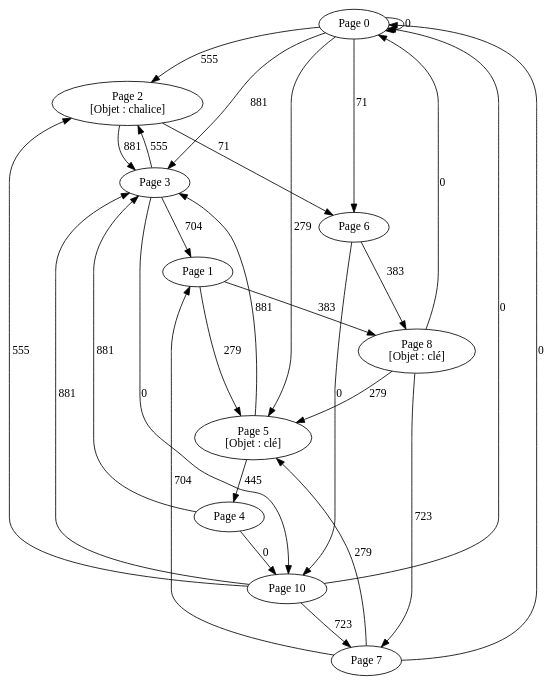
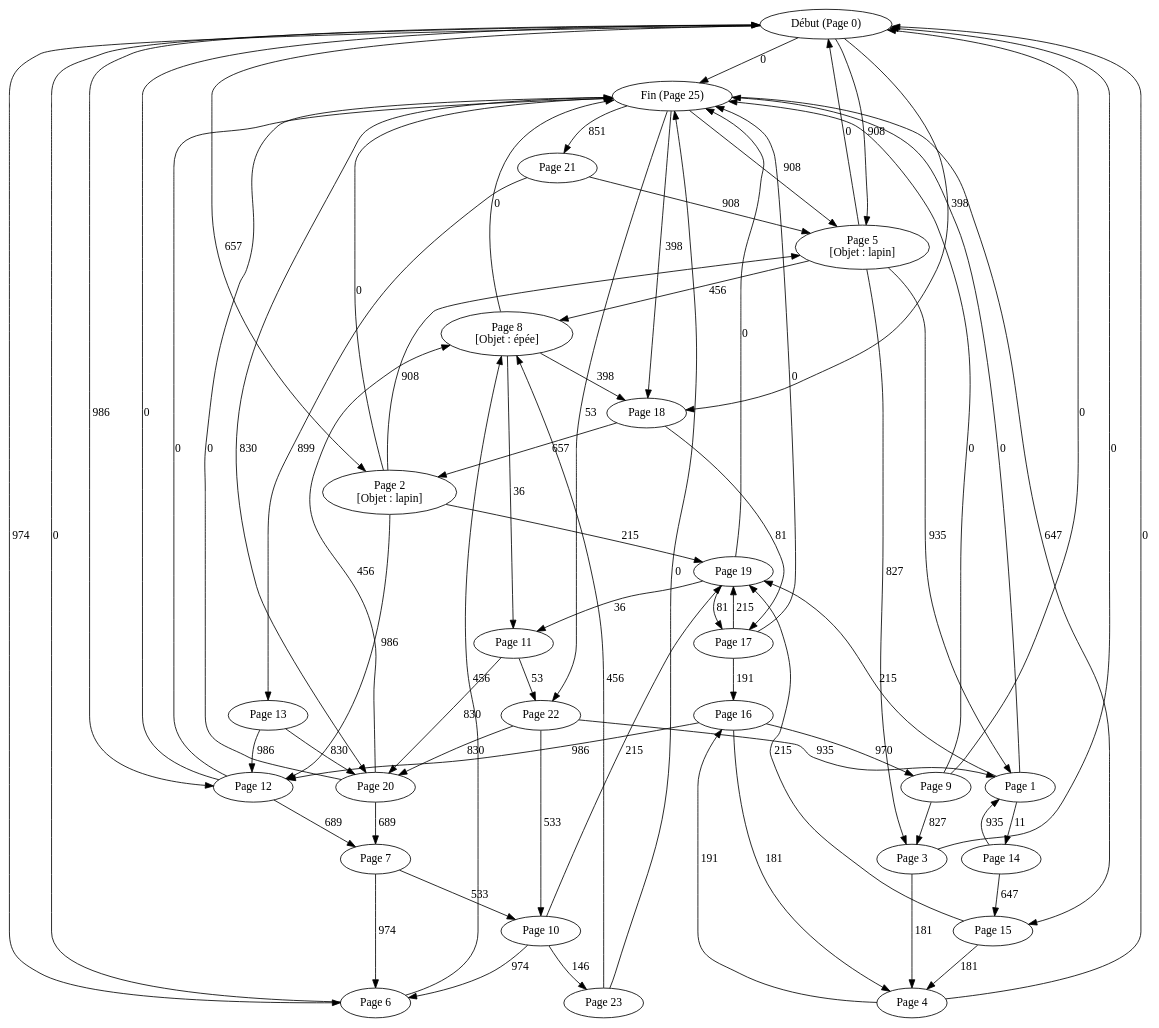
Before and after one commit to QuefelecNeven/SAE-GRAPH-2026: the diagram in graph.dot, drawn with Graphviz. The commit also changed 13 other files, not shown here.

```diff
--- a/graph.dot
+++ b/graph.dot
@@ -1,43 +1,102 @@
 strict digraph G {
-  page_0 [ label="Page 0" ];
+  page_0 [ label="Début (Page 0)" ];
+  page_25 [ label="Fin (Page 25)" ];
   page_1 [ label="Page 1" ];
   page_2 [ label="Page 2
-[Objet : chalice]" ];
+[Objet : lapin]" ];
   page_3 [ label="Page 3" ];
   page_4 [ label="Page 4" ];
   page_5 [ label="Page 5
-[Objet : clé]" ];
+[Objet : lapin]" ];
   page_6 [ label="Page 6" ];
   page_7 [ label="Page 7" ];
   page_8 [ label="Page 8
-[Objet : clé]" ];
+[Objet : épée]" ];
+  page_9 [ label="Page 9" ];
   page_10 [ label="Page 10" ];
-  page_0 -> page_3 [ label="881" ];
-  page_0 -> page_6 [ label="71" ];
-  page_0 -> page_5 [ label="279" ];
-  page_0 -> page_0 [ label="0" ];
-  page_0 -> page_2 [ label="555" ];
-  page_1 -> page_8 [ label="383" ];
-  page_1 -> page_5 [ label="279" ];
-  page_2 -> page_6 [ label="71" ];
-  page_2 -> page_3 [ label="881" ];
-  page_3 -> page_2 [ label="555" ];
-  page_3 -> page_10 [ label="0" ];
-  page_3 -> page_1 [ label="704" ];
-  page_4 -> page_3 [ label="881" ];
-  page_4 -> page_10 [ label="0" ];
-  page_5 -> page_4 [ label="445" ];
-  page_5 -> page_3 [ label="881" ];
-  page_6 -> page_10 [ label="0" ];
-  page_6 -> page_8 [ label="383" ];
-  page_7 -> page_5 [ label="279" ];
-  page_7 -> page_1 [ label="704" ];
-  page_7 -> page_0 [ label="0" ];
-  page_8 -> page_0 [ label="0" ];
-  page_8 -> page_5 [ label="279" ];
-  page_8 -> page_7 [ label="723" ];
-  page_10 -> page_3 [ label="881" ];
-  page_10 -> page_0 [ label="0" ];
-  page_10 -> page_2 [ label="555" ];
-  page_10 -> page_7 [ label="723" ];
+  page_11 [ label="Page 11" ];
+  page_12 [ label="Page 12" ];
+  page_13 [ label="Page 13" ];
+  page_14 [ label="Page 14" ];
+  page_15 [ label="Page 15" ];
+  page_16 [ label="Page 16" ];
+  page_17 [ label="Page 17" ];
+  page_18 [ label="Page 18" ];
+  page_19 [ label="Page 19" ];
+  page_20 [ label="Page 20" ];
+  page_21 [ label="Page 21" ];
+  page_22 [ label="Page 22" ];
+  page_23 [ label="Page 23" ];
+  page_0 -> page_2 [ label="657" ];
+  page_2 -> page_5 [ label="908" ];
+  page_5 -> page_8 [ label="456" ];
+  page_8 -> page_25 [ label="0" ];
+  page_0 -> page_25 [ label="0" ];
+  page_0 -> page_12 [ label="986" ];
+  page_0 -> page_6 [ label="974" ];
+  page_1 -> page_19 [ label="215" ];
+  page_1 -> page_14 [ label="11" ];
+  page_1 -> page_25 [ label="0" ];
+  page_2 -> page_19 [ label="215" ];
+  page_2 -> page_25 [ label="0" ];
+  page_2 -> page_12 [ label="986" ];
+  page_3 -> page_0 [ label="0" ];
+  page_3 -> page_4 [ label="181" ];
+  page_4 -> page_16 [ label="191" ];
+  page_4 -> page_0 [ label="0" ];
+  page_5 -> page_0 [ label="0" ];
+  page_5 -> page_3 [ label="827" ];
+  page_5 -> page_1 [ label="935" ];
+  page_6 -> page_8 [ label="456" ];
+  page_6 -> page_0 [ label="0" ];
+  page_7 -> page_6 [ label="974" ];
+  page_7 -> page_10 [ label="533" ];
+  page_8 -> page_18 [ label="398" ];
+  page_8 -> page_11 [ label="36" ];
+  page_9 -> page_25 [ label="0" ];
+  page_9 -> page_3 [ label="827" ];
+  page_9 -> page_0 [ label="0" ];
+  page_10 -> page_19 [ label="215" ];
+  page_10 -> page_6 [ label="974" ];
+  page_10 -> page_23 [ label="146" ];
+  page_11 -> page_20 [ label="830" ];
+  page_11 -> page_22 [ label="53" ];
+  page_12 -> page_0 [ label="0" ];
+  page_12 -> page_25 [ label="0" ];
+  page_12 -> page_7 [ label="689" ];
+  page_13 -> page_20 [ label="830" ];
+  page_13 -> page_12 [ label="986" ];
+  page_14 -> page_15 [ label="647" ];
+  page_14 -> page_1 [ label="935" ];
+  page_15 -> page_19 [ label="215" ];
+  page_15 -> page_4 [ label="181" ];
+  page_16 -> page_4 [ label="181" ];
+  page_16 -> page_9 [ label="970" ];
+  page_16 -> page_12 [ label="986" ];
+  page_17 -> page_19 [ label="215" ];
+  page_17 -> page_25 [ label="0" ];
+  page_17 -> page_16 [ label="191" ];
+  page_18 -> page_17 [ label="81" ];
+  page_18 -> page_2 [ label="657" ];
+  page_19 -> page_25 [ label="0" ];
+  page_19 -> page_11 [ label="36" ];
+  page_19 -> page_17 [ label="81" ];
+  page_20 -> page_7 [ label="689" ];
+  page_20 -> page_25 [ label="0" ];
+  page_20 -> page_8 [ label="456" ];
+  page_21 -> page_5 [ label="908" ];
+  page_21 -> page_13 [ label="899" ];
+  page_22 -> page_1 [ label="935" ];
+  page_22 -> page_10 [ label="533" ];
+  page_22 -> page_20 [ label="830" ];
+  page_23 -> page_8 [ label="456" ];
+  page_23 -> page_25 [ label="0" ];
+  page_25 -> page_15 [ label="647" ];
+  page_25 -> page_20 [ label="830" ];
+  page_25 -> page_18 [ label="398" ];
+  page_0 -> page_18 [ label="398" ];
+  page_0 -> page_5 [ label="908" ];
+  page_25 -> page_5 [ label="908" ];
+  page_25 -> page_22 [ label="53" ];
+  page_25 -> page_21 [ label="851" ];
 }
```
